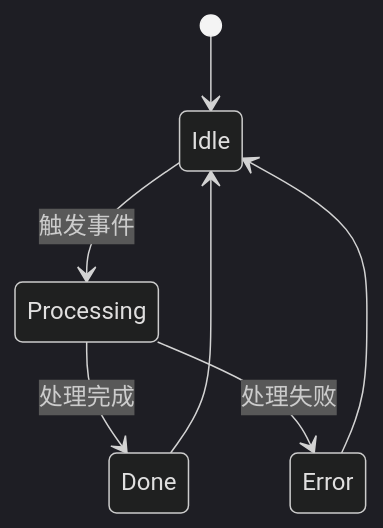
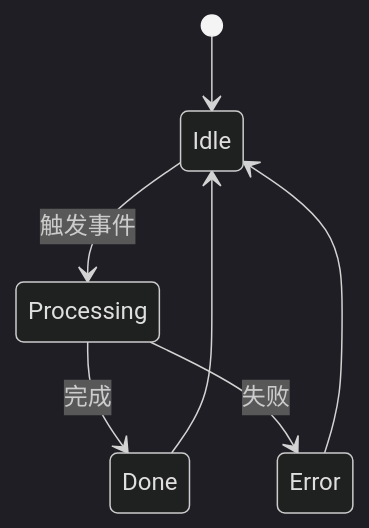
One commit to niusulong/.spec-embedded-iot changed the fifth of 5 diagrams in skills/spec-code-summary/references/code-summary-template.md. Above: the diagram before and after it, drawn with Mermaid (dark theme). The commit also changed other lines of this file and 1 other file, not shown here.

````diff
--- a/skills/spec-code-summary/references/code-summary-template.md
+++ b/skills/spec-code-summary/references/code-summary-template.md
@@ -205,9 +171,9 @@
 ```mermaid
 stateDiagram-v2
     [*] --> Idle
     Idle --> Processing: 触发事件
-    Processing --> Done: 处理完成
-    Processing --> Error: 处理失败
+    Processing --> Done: 完成
+    Processing --> Error: 失败
     Done --> Idle
     Error --> Idle
 ```
````
